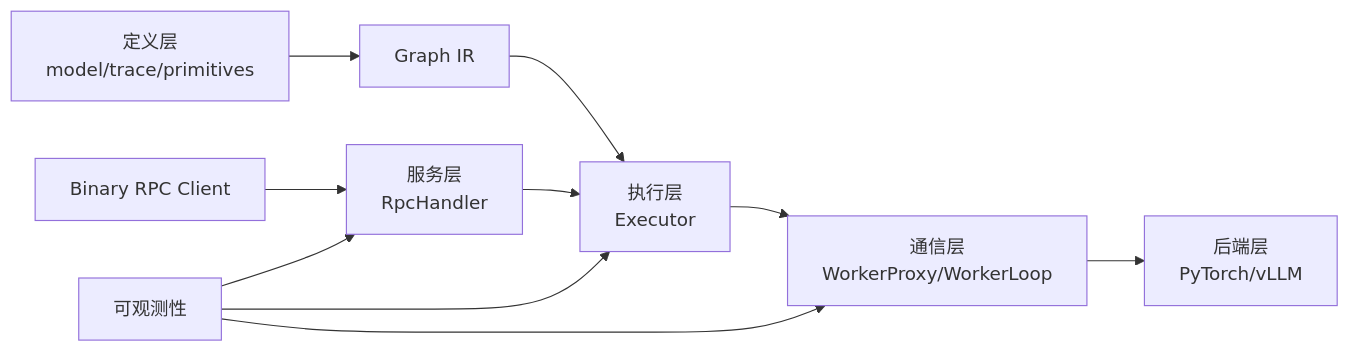
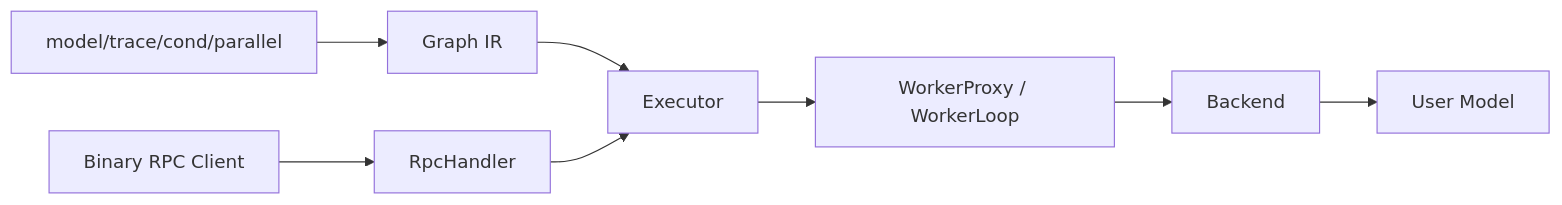
The diagram in docs/design/功能设计.md (caitengwei/Nerva), drawn with Mermaid before and after one commit. The commit also changed other lines of this file and 4 other files, not shown here.

````diff
--- a/docs/design/功能设计.md
+++ b/docs/design/功能设计.md
@@ -16,12 +7,11 @@
 ```mermaid
 flowchart LR
-    DSL[定义层<br/>model/trace/primitives] --> IR[Graph IR]
-    IR --> EXEC[执行层<br/>Executor]
-    EXEC --> IPC[通信层<br/>WorkerProxy/WorkerLoop]
-    IPC --> BACKEND[后端层<br/>PyTorch/vLLM]
-    CLIENT[Binary RPC Client] --> SERVER[服务层<br/>RpcHandler]
-    SERVER --> EXEC
-    OBS[可观测性] --> SERVER
-    OBS --> EXEC
-    OBS --> IPC
+    DSL[model/trace/cond/parallel] --> IR[Graph IR]
+    IR --> EXE[Executor]
+    EXE --> IPC[WorkerProxy / WorkerLoop]
+    IPC --> BE[Backend]
+    BE --> MODEL[User Model]
+
+    CLIENT[Binary RPC Client] --> RPC[RpcHandler]
+    RPC --> EXE
 ```
````
